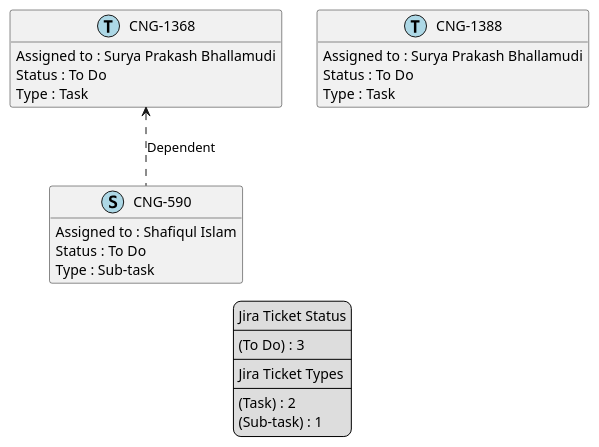
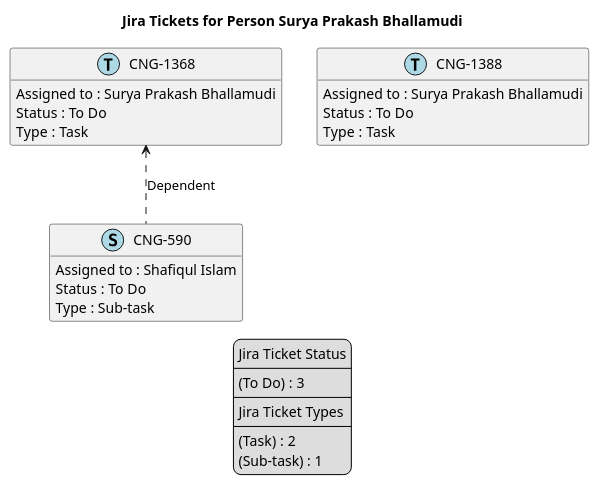
Before and after one commit to brunasti/jiraplotter: the diagram in temp/jira-Person-Surya_Prakash_Bhallamudi.puml, drawn with PlantUML. The commit also changed 67 other files, not shown here.

Commit message:
Adds title in diagrams

```diff
--- a/temp/jira-Person-Surya_Prakash_Bhallamudi.puml
+++ b/temp/jira-Person-Surya_Prakash_Bhallamudi.puml
@@ -1,46 +1,47 @@
 @startuml
 'https://plantuml.com/class-diagram
 
 ' GENERATE CLASS DIAGRAM ===========
-' Generated at    : Thu Apr 18 10:28:35 CEST 2024
+' Generated at    : Thu Apr 18 11:01:10 CEST 2024
 
+title Jira Tickets for Person Surya Prakash Bhallamudi
 hide empty members
 
 legend
 Jira Ticket Status
 ----
 (To Do) : 3
 ----
 Jira Ticket Types
 ----
 (Task) : 2
 (Sub-task) : 1
 end legend
 
 
 ' Tickets =======
 class "CNG-590" << (S,lightblue) >> {
   Assigned to : Shafiqul Islam
   Status : To Do
   Type : Sub-task
 }
 
 class "CNG-1368" << (T,lightblue) >> {
   Assigned to : Surya Prakash Bhallamudi
   Status : To Do
   Type : Task
 }
 
 class "CNG-1388" << (T,lightblue) >> {
   Assigned to : Surya Prakash Bhallamudi
   Status : To Do
   Type : Task
 }
 
 
 
 ' Links =======
 "CNG-1368" <.. "CNG-590" : Dependent
 
 
 @enduml
```
